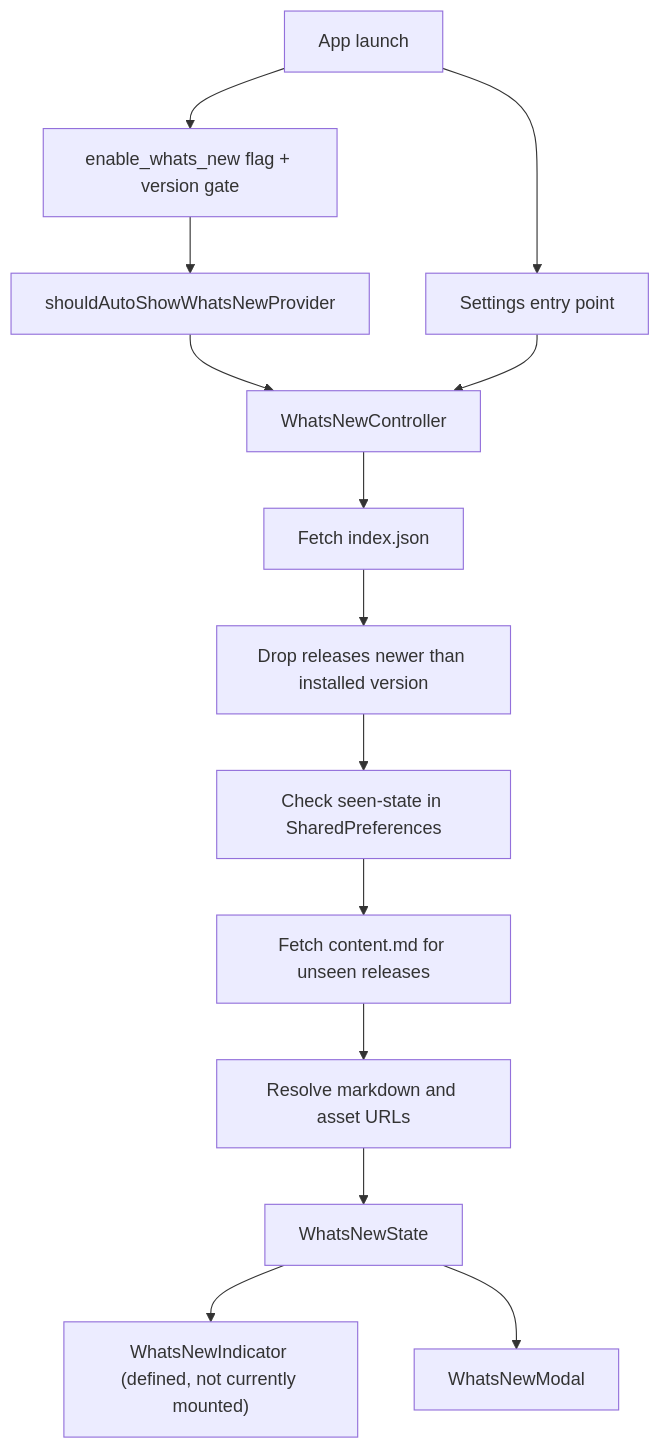
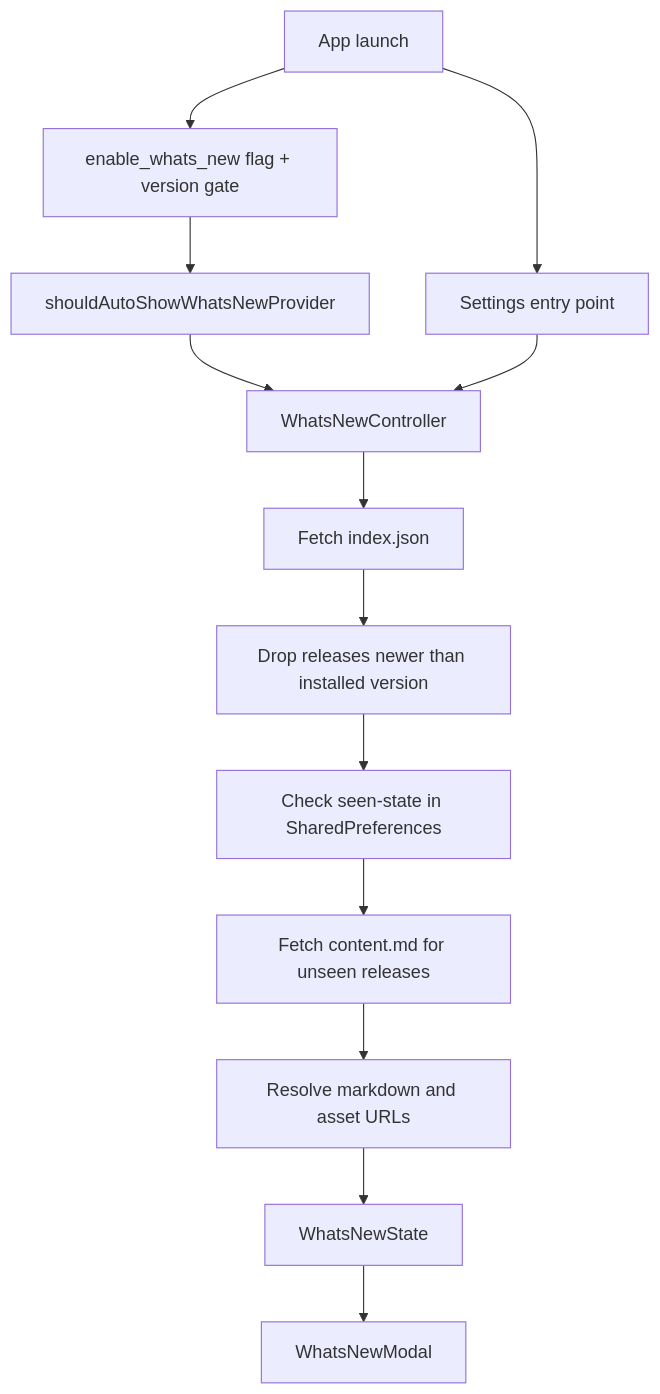
One commit to matthiasn/lotti changed the first of 2 diagrams in lib/features/whats_new/README.md. Above: the diagram before and after it, drawn with Mermaid. The commit also changed other lines of this file and 2 other files, not shown here.

First line of the commit message:
refactor(whats_new): remove unused WhatsNewIndicator widget

````diff
--- a/lib/features/whats_new/README.md
+++ b/lib/features/whats_new/README.md
@@ -16,16 +16,15 @@
 ```mermaid
 flowchart TD
   Launch["App launch"] --> Gate["enable_whats_new flag + version gate"]
   Gate --> AutoShow["shouldAutoShowWhatsNewProvider"]
   Launch --> Manual["Settings entry point"]
   AutoShow --> Controller["WhatsNewController"]
   Manual --> Controller
   Controller --> Index["Fetch index.json"]
   Index --> Filter["Drop releases newer than installed version"]
   Filter --> Seen["Check seen-state in SharedPreferences"]
   Seen --> Content["Fetch content.md for unseen releases"]
   Content --> Parser["Resolve markdown and asset URLs"]
   Parser --> State["WhatsNewState"]
-  State --> Indicator["WhatsNewIndicator (defined, not currently mounted)"]
   State --> Modal["WhatsNewModal"]
 ```
````
